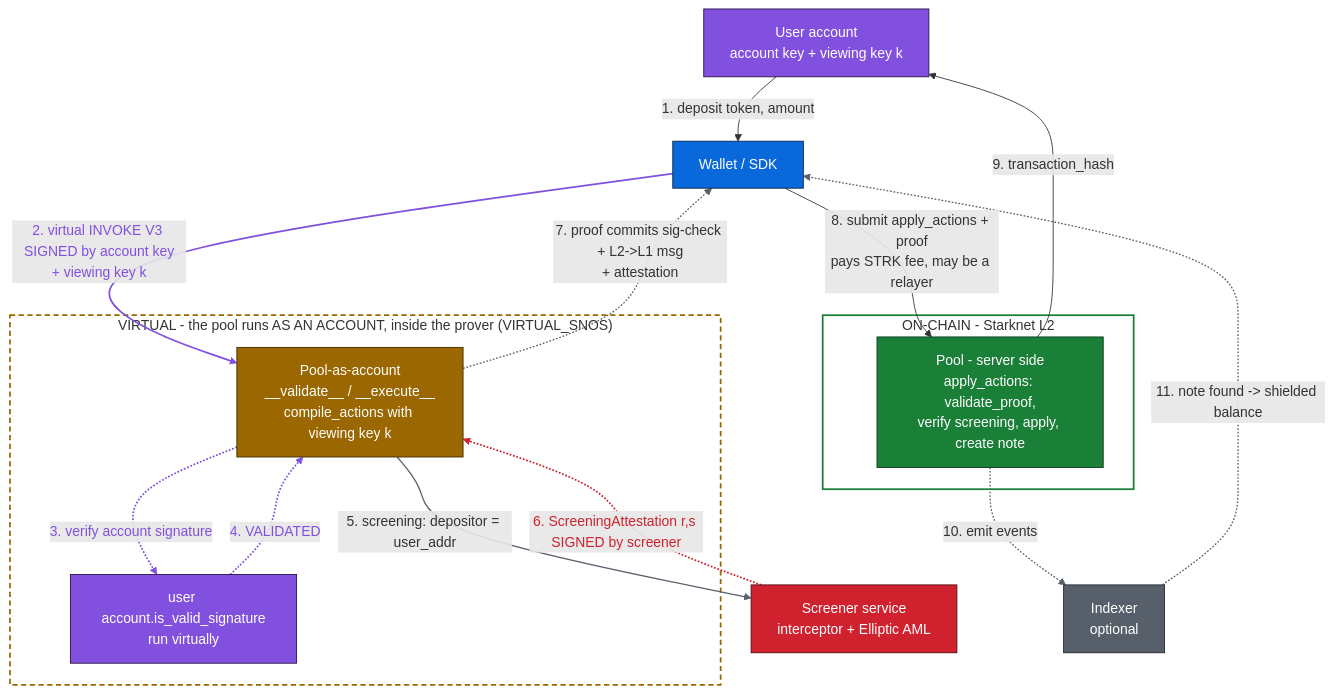
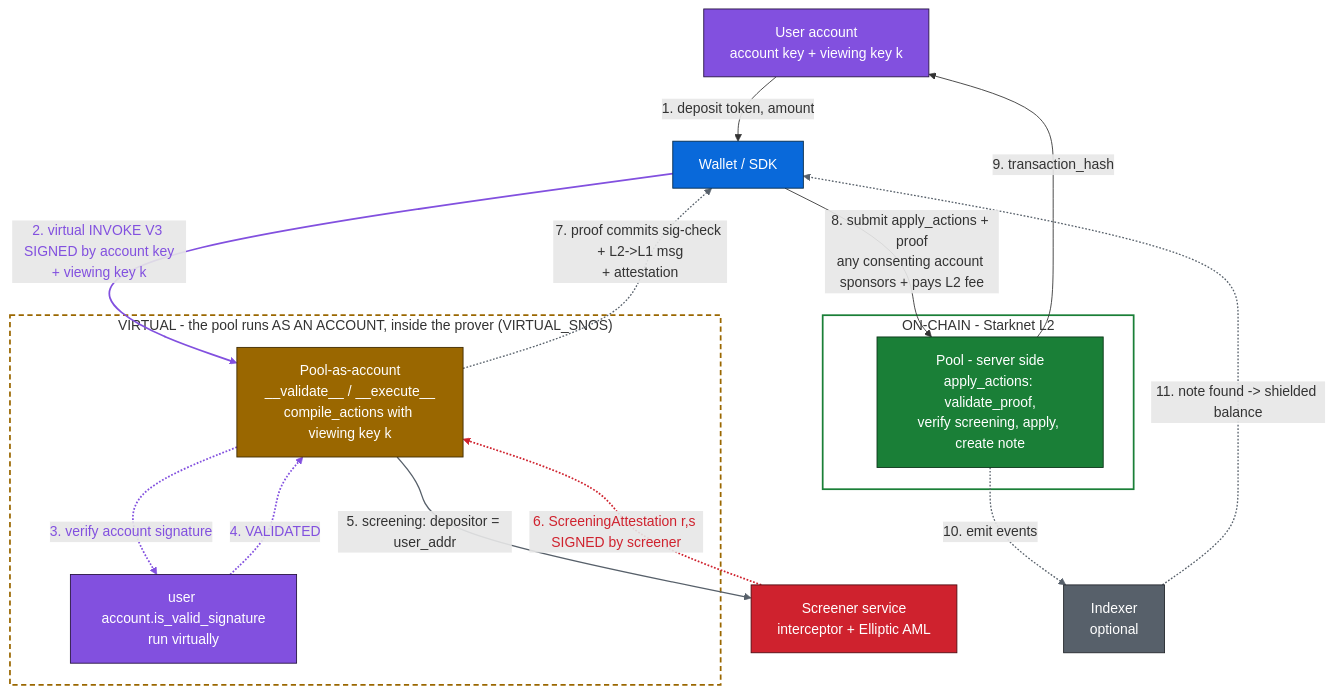
The second of 2 diagrams in src/scripts/Starknet143/Starknet143-Sepolia/README.md (PhilippeR26/starknet.js-workshop-typescript), drawn with Mermaid before and after one commit. The commit also changed other lines of this file, not shown here.

````diff
--- a/src/scripts/Starknet143/Starknet143-Sepolia/README.md
+++ b/src/scripts/Starknet143/Starknet143-Sepolia/README.md
@@ -47,42 +47,42 @@
 ```mermaid
 flowchart TB
     U["User account<br/>account key + viewing key k"]:::actor
     W["Wallet / SDK"]:::wallet
     SC["Screener service<br/>interceptor + Elliptic AML"]:::screen
     IX["Indexer<br/>optional"]:::aux
 
     subgraph VIRT["VIRTUAL - the pool runs AS AN ACCOUNT, inside the prover (VIRTUAL_SNOS)"]
         PA["Pool-as-account<br/>__validate__ / __execute__<br/>compile_actions with viewing key k"]:::prover
         SIG["user account.is_valid_signature<br/>run virtually"]:::actor
         PA -.->|3. verify account signature| SIG
         SIG -.->|4. VALIDATED| PA
     end
 
     subgraph CHAIN["ON-CHAIN - Starknet L2"]
         PS["Pool - server side<br/>apply_actions: validate_proof,<br/>verify screening, apply, create note"]:::pool
     end
 
     U -->|1. deposit token, amount| W
     W -->|2. virtual INVOKE V3 SIGNED by account key<br/>+ viewing key k| PA
     PA -->|5. screening: depositor = user_addr| SC
     SC -.->|6. ScreeningAttestation r,s SIGNED by screener| PA
     PA -.->|7. proof commits sig-check + L2->L1 msg<br/>+ attestation| W
-    W -->|8. submit apply_actions + proof<br/>pays STRK fee, may be a relayer| PS
+    W -->|8. submit apply_actions + proof<br/>any consenting account sponsors + pays L2 fee| PS
     PS -->|9. transaction_hash| U
     PS -.->|10. emit events| IX
     IX -.->|11. note found -> shielded balance| W
 
     style VIRT fill:transparent,stroke:#9a6700,stroke-width:2px,stroke-dasharray:6 4
     style CHAIN fill:transparent,stroke:#1a7f37,stroke-width:2px
 
     linkStyle 0,1,3 stroke:#8250df,stroke-width:2px,color:#8250df
     linkStyle 5 stroke:#cf222e,stroke-width:2px,color:#cf222e
     linkStyle 4,6,9,10 stroke:#57606a,stroke-width:1.5px
 
     classDef actor fill:#8250df,stroke:#25123f,color:#ffffff
     classDef wallet fill:#0969da,stroke:#032846,color:#ffffff
     classDef prover fill:#9a6700,stroke:#3d2900,color:#ffffff
     classDef screen fill:#cf222e,stroke:#4d0a10,color:#ffffff
     classDef pool fill:#1a7f37,stroke:#0a3317,color:#ffffff
     classDef aux fill:#57606a,stroke:#22262b,color:#ffffff
 ```
````
